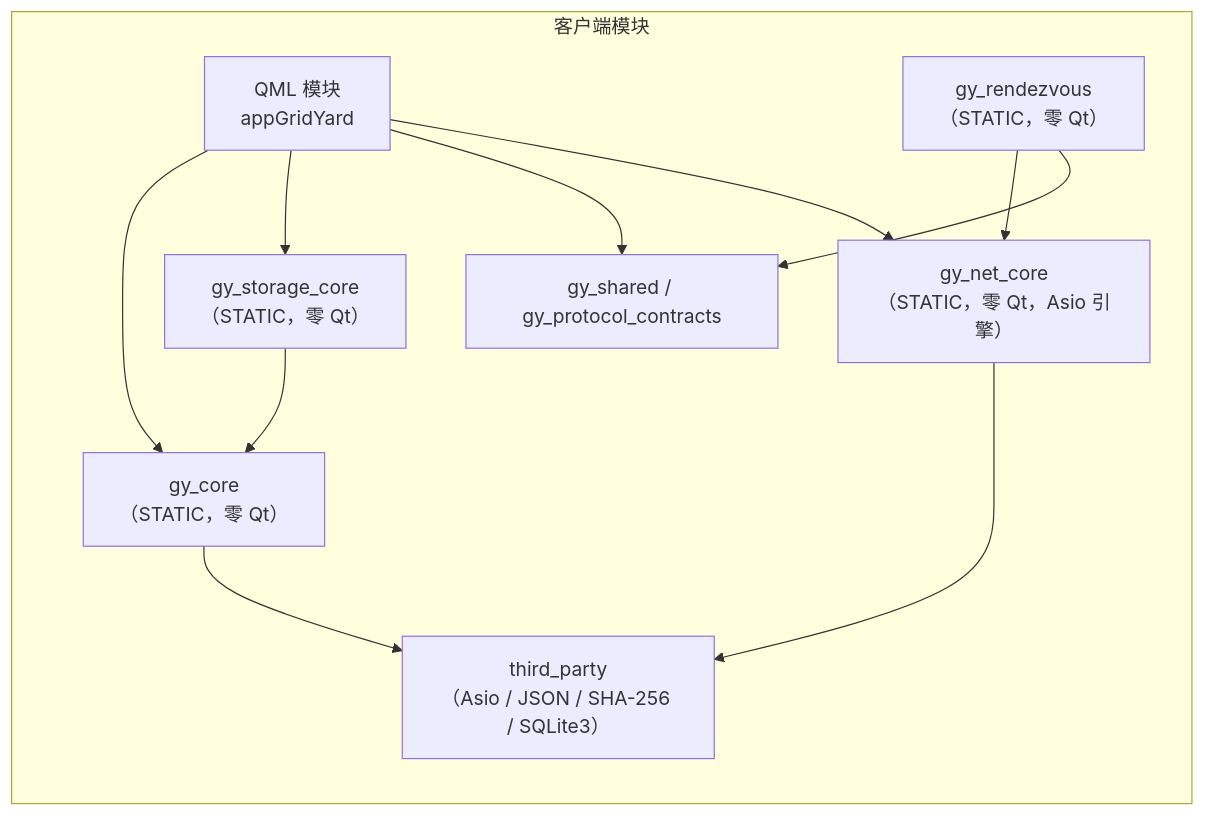
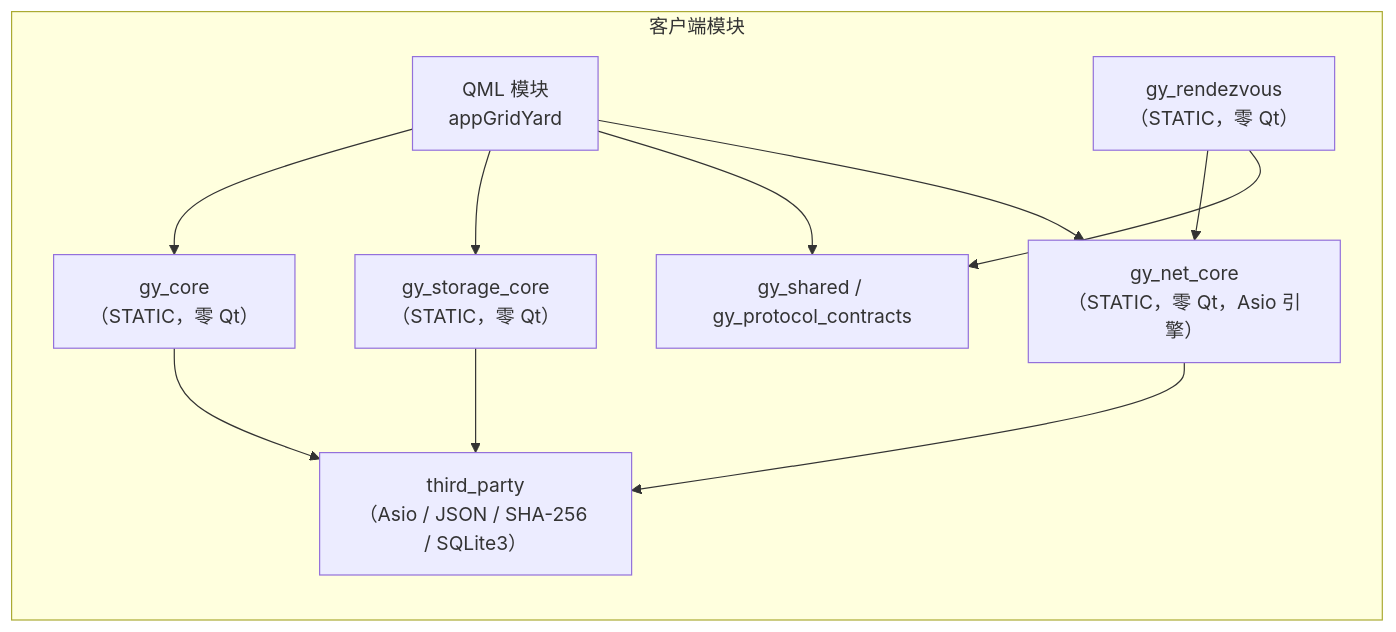
The second of 9 diagrams in README.md (Gsheep0729/GridYard), drawn with Mermaid before and after one commit. The commit also changed other lines of this file, not shown here.

Commit message:
修正 README 依赖图连边与编译器版本表述（Phase7-A4 复核勘误，v8.2.0）
独立复核指出依赖图把存储核心画成依赖核心库，而 CMake 中 gy_storage_core 只链接 sqlite3_vendor，现改为存储核心与核心库各自连到 third_party；编译器行原写 GCC 16.1 与实际工具链 g++-15 不符（CI 与本地一致口径），一并改正。两处均为文档事实修正，版本源与产物内容不变。

````diff
--- a/README.md
+++ b/README.md
@@ -181,22 +181,22 @@
 ```mermaid
 graph LR
     subgraph 客户端模块
         QML["QML 模块<br/>appGridYard"]
         CORE_LIB["gy_core<br/>（STATIC，零 Qt）"]
         STORAGE_LIB["gy_storage_core<br/>（STATIC，零 Qt）"]
         SHARED_LIB["gy_shared / gy_protocol_contracts"]
         NET_LIB["gy_net_core<br/>（STATIC，零 Qt，Asio 引擎）"]
         RV_LIB["gy_rendezvous<br/>（STATIC，零 Qt）"]
         THIRD["third_party<br/>（Asio / JSON / SHA-256 / SQLite3）"]
     end
 
     QML --> CORE_LIB
     QML --> STORAGE_LIB
     QML --> SHARED_LIB
     QML --> NET_LIB
-    STORAGE_LIB --> CORE_LIB
     RV_LIB --> NET_LIB
     RV_LIB --> SHARED_LIB
     NET_LIB --> THIRD
     CORE_LIB --> THIRD
+    STORAGE_LIB --> THIRD
 ```
````
